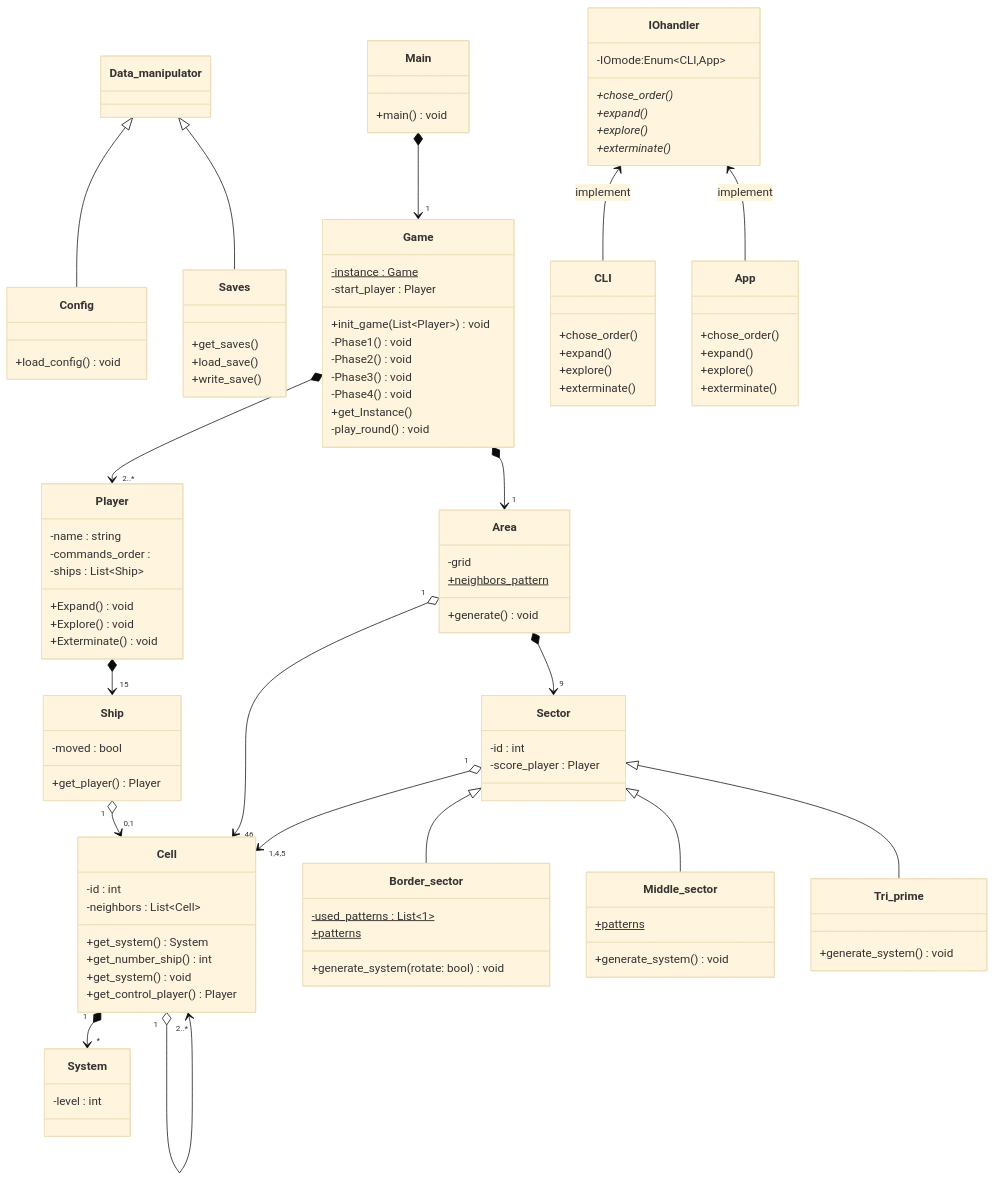
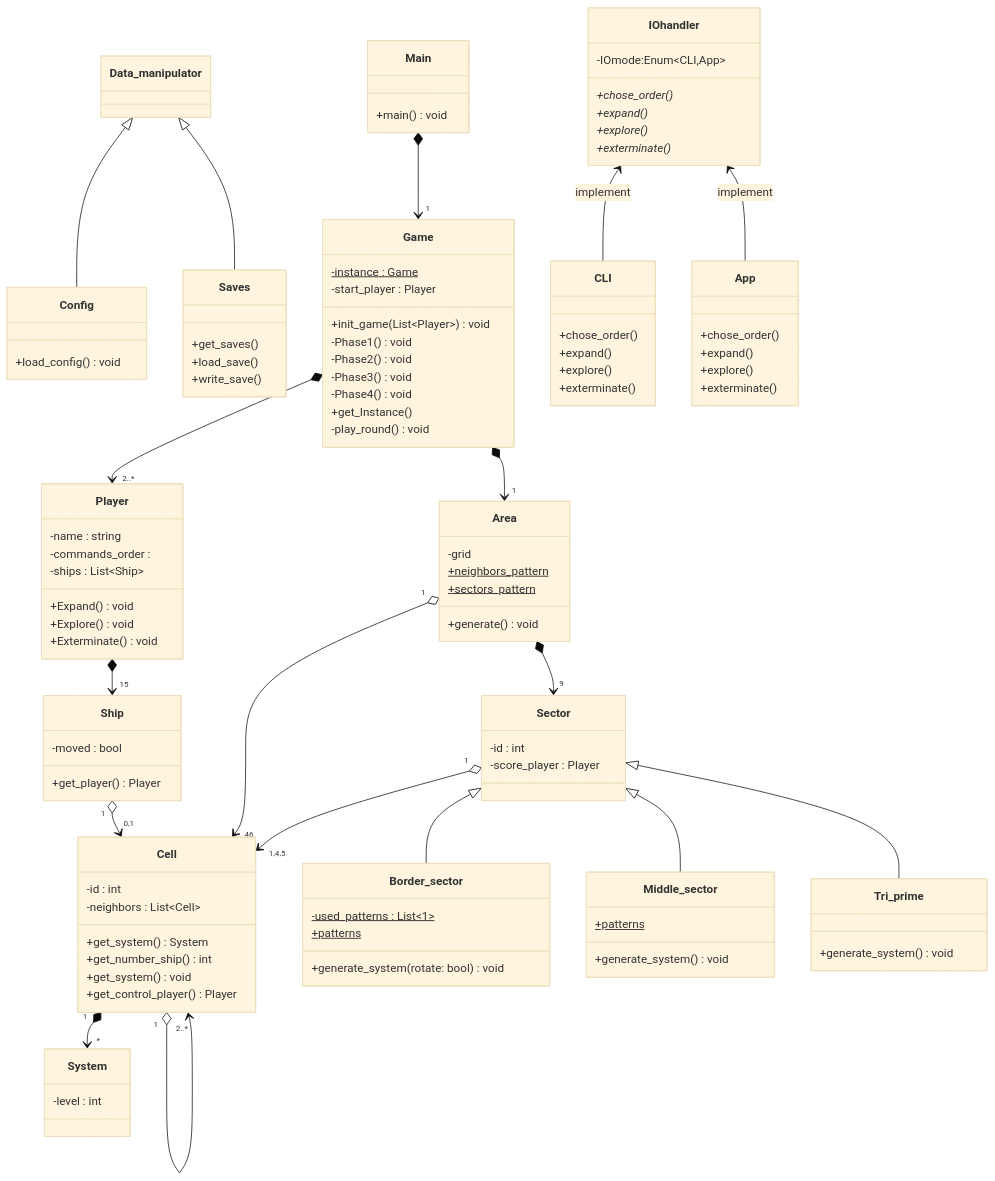
One commit to LeoCholvy/PocketImperium changed the diagram in UML/class.mermaid. Above: the diagram before and after it, drawn with Mermaid (base theme). The commit also changed 1 other file, not shown here.

```diff
--- a/UML/class.mermaid
+++ b/UML/class.mermaid
@@ -1,111 +1,112 @@
 classDiagram
     class Main {
         +main() void
     }
     class Data_manipulator {
     }
     class Config {
         +load_config() void
     }
     class Saves {
         +get_saves()
         +load_save()
         +write_save()
     }
     Data_manipulator <|-- Config
     Data_manipulator <|-- Saves
 
     class Game {
         +init_game(List~Player~) void
         -Phase1() void
         -Phase2() void
         -Phase3() void
         -Phase4() void
         %% phase 4 pour la phase de score
         +get_Instance()
         -instance : Game$
         -play_round() void
         -start_player : Player
     }
     class Player {
         -name : string
         -commands_order :
         %% je sais pas quoi mettre en type
         -ships : List~Ship~
         +Expand() void
         +Explore() void
         +Exterminate() void
     }
     class Area {
         -grid
         +neighbors_pattern$
+        +sectors_pattern$
         +generate() void
     }
     class Sector {
         -id : int
         -score_player : Player
     }
     class Border_sector {
         -used_patterns : List~1~$
         +patterns$
         +generate_system(rotate: bool) void
     }
     class Middle_sector {
         +patterns$
         +generate_system() void
         %% se rotate aléatoirement
     }
     class Tri_prime {
         +generate_system() void
     }
     class System {
         -level : int
     }
     class Ship {
         -moved : bool
         +get_player() Player
     }
     class Cell {
         -id : int
         -neighbors : List~Cell~
         +get_system() System
         +get_number_ship() int
         +get_system() void
         +get_control_player() Player
     }
 
     Game *--> "2..*" Player
     Game *--> "1" Area
     Main *--> "1" Game
     Area "1" o--> "46" Cell
     Sector "1" o--> "1,4,5" Cell
     Sector <|-- Border_sector
     Sector <|-- Middle_sector
     Sector <|-- Tri_prime
     Cell "1" *--> "*" System
     Player *--> "15" Ship
     Area *--> "9" Sector
     Ship "1" o--> "0,1" Cell
     Cell "1" o--> "2..*" Cell
 
     class IOhandler {
         -IOmode:Enum~CLI,App~
         +chose_order()*
         +expand()*
         +explore()*
         +exterminate()*
     }
     class CLI {
         +chose_order()
         +expand()
         +explore()
         +exterminate()
     }
     class App {
         +chose_order()
         +expand()
         +explore()
         +exterminate()
     }
     IOhandler <-- CLI : implement
     IOhandler <-- App : implement
```
